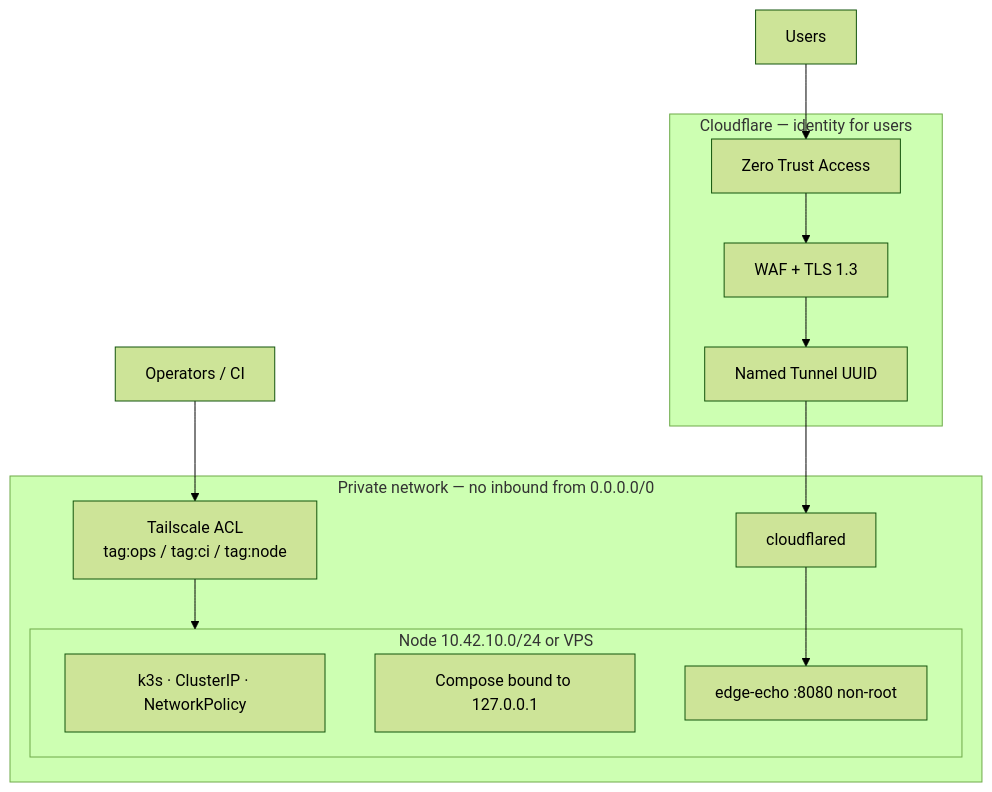
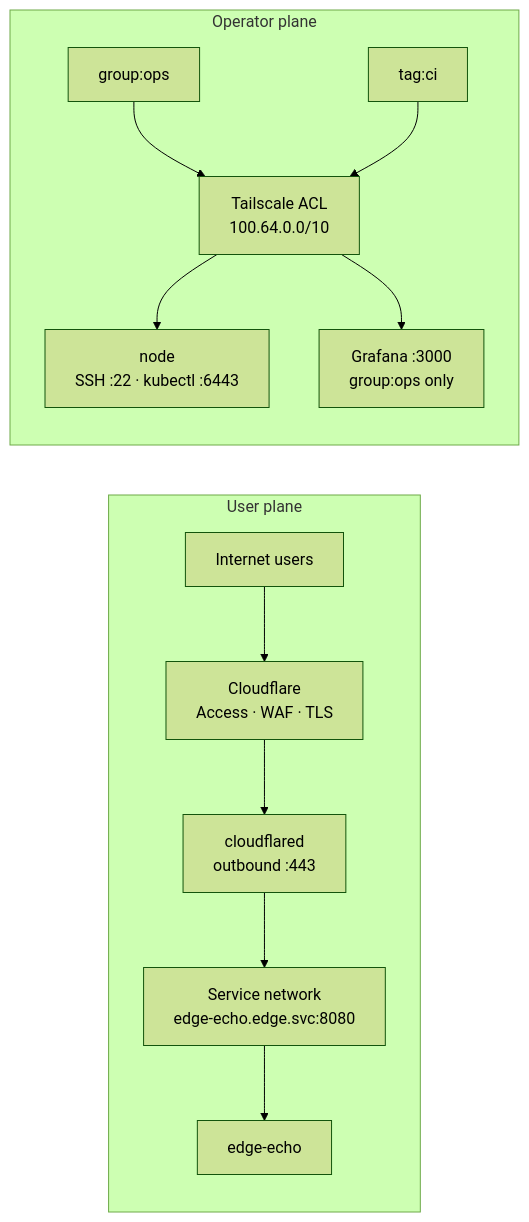
Before and after one commit to Kikyo987/zero-trust-edge: the first of 2 diagrams in docs/architecture.md, drawn with Mermaid (forest theme). The commit also changed other lines of this file and 38 other files, not shown here.

First line of the commit message:
Make the dual-plane edge checkable and fail closed on a missing image (#2)

````diff
--- a/docs/architecture.md
+++ b/docs/architecture.md
@@ -61,24 +59,15 @@
 ```mermaid
-flowchart TB
-  Users["Users"]
-  Ops["Operators / CI"]
-
-  subgraph Cloudflare["Cloudflare — identity for users"]
-    Access["Zero Trust Access"]
-    Edge["WAF + TLS 1.3"]
-    Named["Named Tunnel UUID"]
+flowchart LR
+  subgraph userPlane [User plane]
+    U[Internet users] --> CF["Cloudflare<br/>Access · WAF · TLS"]
+    CF --> CFD["cloudflared<br/>outbound :443"]
+    CFD --> SVC["Service network<br/>edge-echo.edge.svc:8080"]
+    SVC --> APP[edge-echo]
   end
-
-  subgraph Private["Private network — no inbound from 0.0.0.0/0"]
-    TS["Tailscale ACL<br/>tag:ops / tag:ci / tag:node"]
-    CFD["cloudflared"]
-    subgraph Host["Node 10.42.10.0/24 or VPS"]
-      K3S["k3s · ClusterIP · NetworkPolicy"]
-      Docker["Compose bound to 127.0.0.1"]
-      App["edge-echo :8080 non-root"]
-    end
+  subgraph opsPlane [Operator plane]
+    OPS[group:ops] --> ACL["Tailscale ACL<br/>100.64.0.0/10"]
+    CI[tag:ci] --> ACL
+    ACL --> NODE["node<br/>SSH :22 · kubectl :6443"]
+    ACL --> MON["Grafana :3000<br/>group:ops only"]
   end
-
-  Users --> Access --> Edge --> Named --> CFD --> App
-  Ops --> TS --> Host
 ```
````
